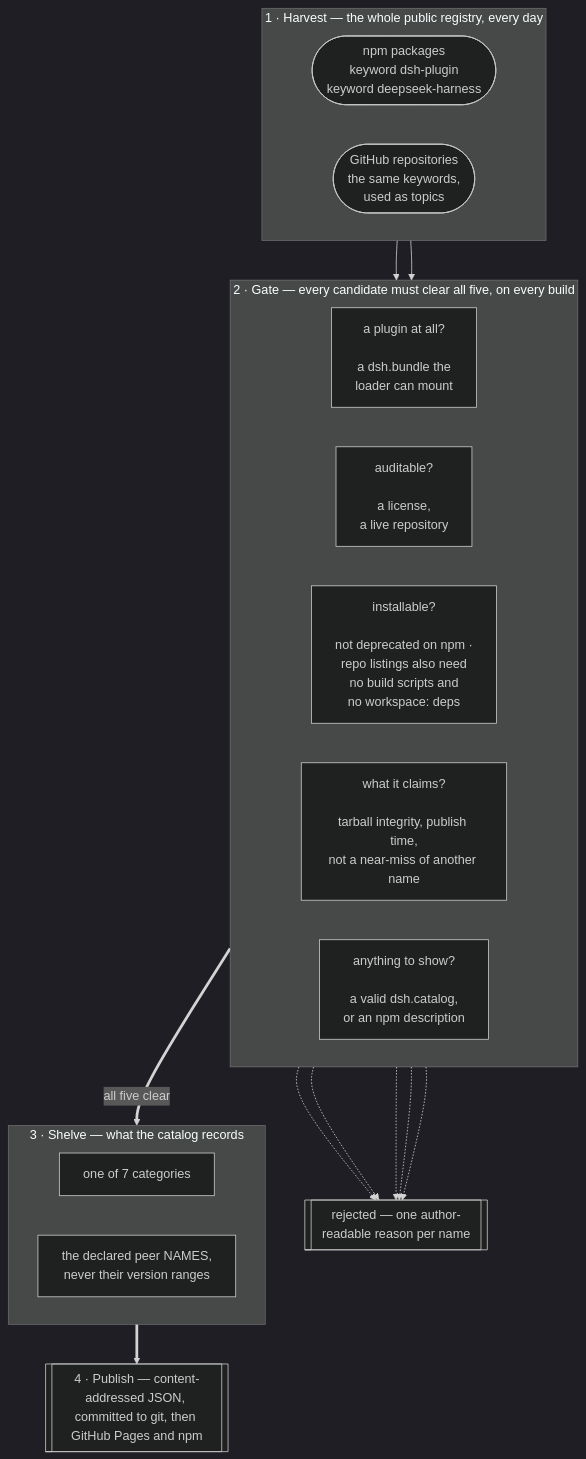
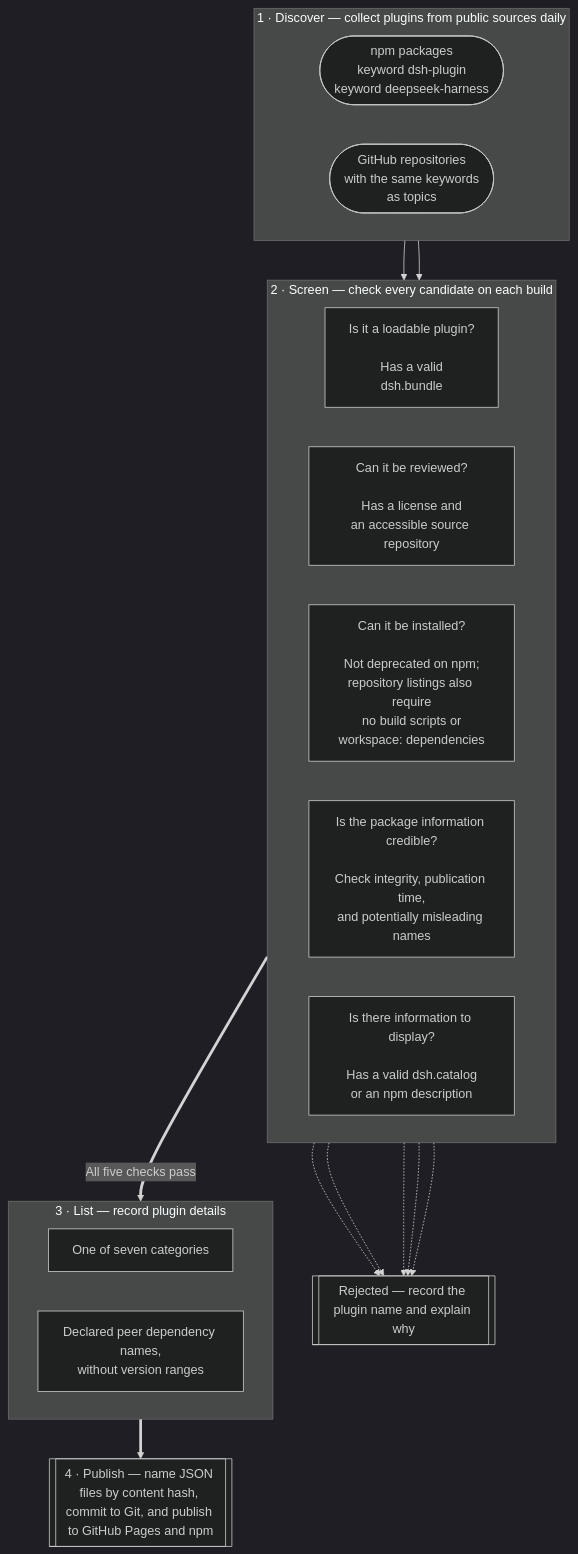
One commit to LivXue/dsh-plugin-shop changed the first of 2 diagrams in README.md. Above: the diagram before and after it, drawn with Mermaid (dark theme). The commit also changed other lines of this file and 6 other files, not shown here.

````diff
--- a/README.md
+++ b/README.md
@@ -112,34 +114,34 @@
 ```mermaid
 flowchart TB
-  subgraph HARVEST["1 · Harvest — the whole public registry, every day"]
+  subgraph HARVEST["1 · Discover — collect plugins from public sources daily"]
     direction LR
     NPM(["npm packages<br/>keyword dsh-plugin<br/>keyword deepseek-harness"])
-    GH(["GitHub repositories<br/>the same keywords,<br/>used as topics"])
+    GH(["GitHub repositories<br/>with the same keywords<br/>as topics"])
   end
 
-  subgraph GATE["2 · Gate — every candidate must clear all five, on every build"]
+  subgraph GATE["2 · Screen — check every candidate on each build"]
     direction LR
-    G1["a plugin at all?<br/><br/>a dsh.bundle the<br/>loader can mount"]
-    G2["auditable?<br/><br/>a license,<br/>a live repository"]
-    G3["installable?<br/><br/>not deprecated on npm ·<br/>repo listings also need<br/>no build scripts and<br/>no workspace: deps"]
-    G4["what it claims?<br/><br/>tarball integrity, publish time,<br/>not a near-miss of another name"]
-    G5["anything to show?<br/><br/>a valid dsh.catalog,<br/>or an npm description"]
+    G1["Is it a loadable plugin?<br/><br/>Has a valid<br/>dsh.bundle"]
+    G2["Can it be reviewed?<br/><br/>Has a license and<br/>an accessible source repository"]
+    G3["Can it be installed?<br/><br/>Not deprecated on npm;<br/>repository listings also require<br/>no build scripts or<br/>workspace: dependencies"]
+    G4["Is the package information credible?<br/><br/>Check integrity, publication time,<br/>and potentially misleading names"]
+    G5["Is there information to display?<br/><br/>Has a valid dsh.catalog<br/>or an npm description"]
   end
 
-  subgraph SHELVE["3 · Shelve — what the catalog records"]
+  subgraph SHELVE["3 · List — record plugin details"]
     direction LR
-    CAT["one of 7 categories"]
-    PEER["the declared peer NAMES,<br/>never their version ranges"]
+    CAT["One of seven categories"]
+    PEER["Declared peer dependency names,<br/>without version ranges"]
   end
 
   NPM --> G1
   GH --> G1
   G1 -.-> REJ
   G2 -.-> REJ
   G3 -.-> REJ
   G4 -.-> REJ
   G5 -.-> REJ
-  REJ[["rejected — one author-readable reason per name"]]
-  G5 ==>|"all five clear"| CAT
-  PEER ==> PUB[["4 · Publish — content-addressed JSON, committed to git, then GitHub Pages and npm"]]
+  REJ[["Rejected — record the plugin name and explain why"]]
+  G5 ==>|"All five checks pass"| CAT
+  PEER ==> PUB[["4 · Publish — name JSON files by content hash, commit to Git, and publish to GitHub Pages and npm"]]
 ```
````
